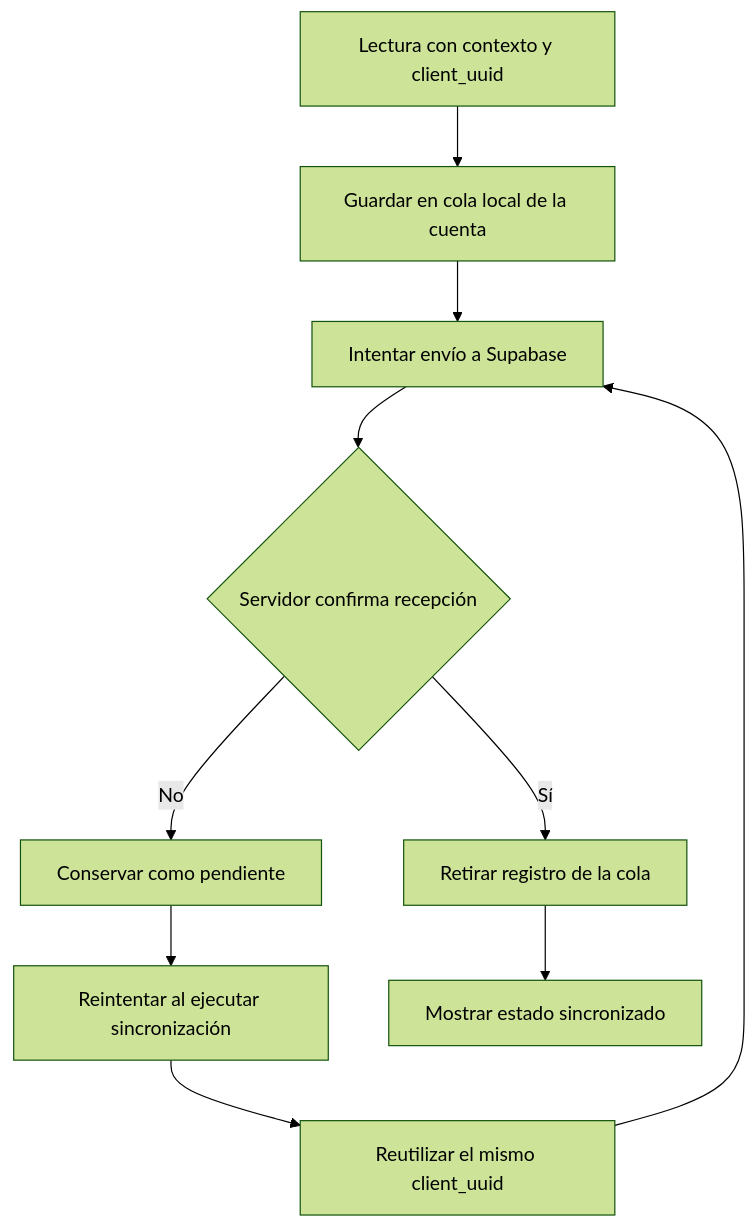
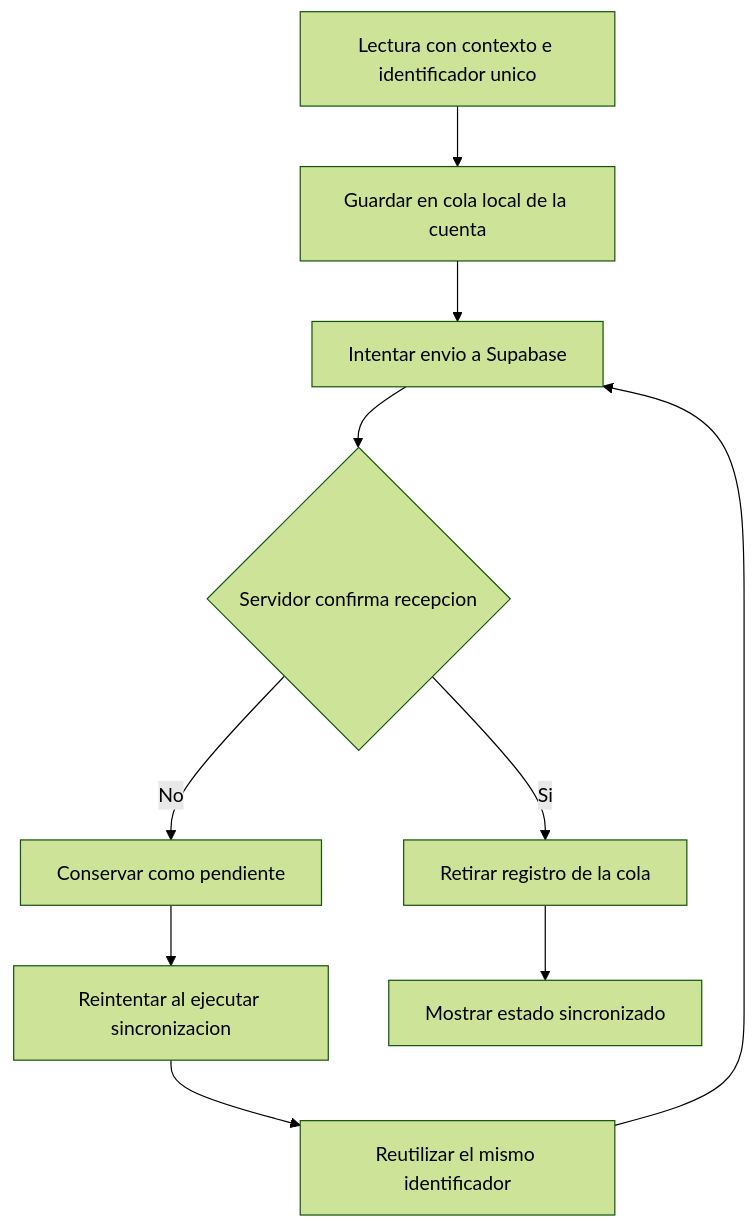
One commit to Alvarinhoooo7/TerraSence changed the eighth of 11 diagrams in docs/INFORME 1 .docx.md. Above: the diagram before and after it, drawn with Mermaid (forest theme). The commit also changed other lines of this file and 12 other files, not shown here.

````diff
--- a/docs/INFORME 1 .docx.md
+++ b/docs/INFORME 1 .docx.md
@@ -342,12 +1127,12 @@
 ```mermaid
 flowchart TD
-    A[Lectura con contexto y client_uuid] --> B[Guardar en cola local de la cuenta]
-    B --> C[Intentar envío a Supabase]
-    C --> D{Servidor confirma recepción}
-    D -->|Sí| E[Retirar registro de la cola]
+    A[Lectura con contexto e identificador unico] --> B[Guardar en cola local de la cuenta]
+    B --> C[Intentar envio a Supabase]
+    C --> D{Servidor confirma recepcion}
+    D -->|Si| E[Retirar registro de la cola]
     D -->|No| F[Conservar como pendiente]
-    F --> G[Reintentar al ejecutar sincronización]
-    G --> H[Reutilizar el mismo client_uuid]
+    F --> G[Reintentar al ejecutar sincronizacion]
+    G --> H[Reutilizar el mismo identificador]
     H --> C
     E --> I[Mostrar estado sincronizado]
 ```
````
